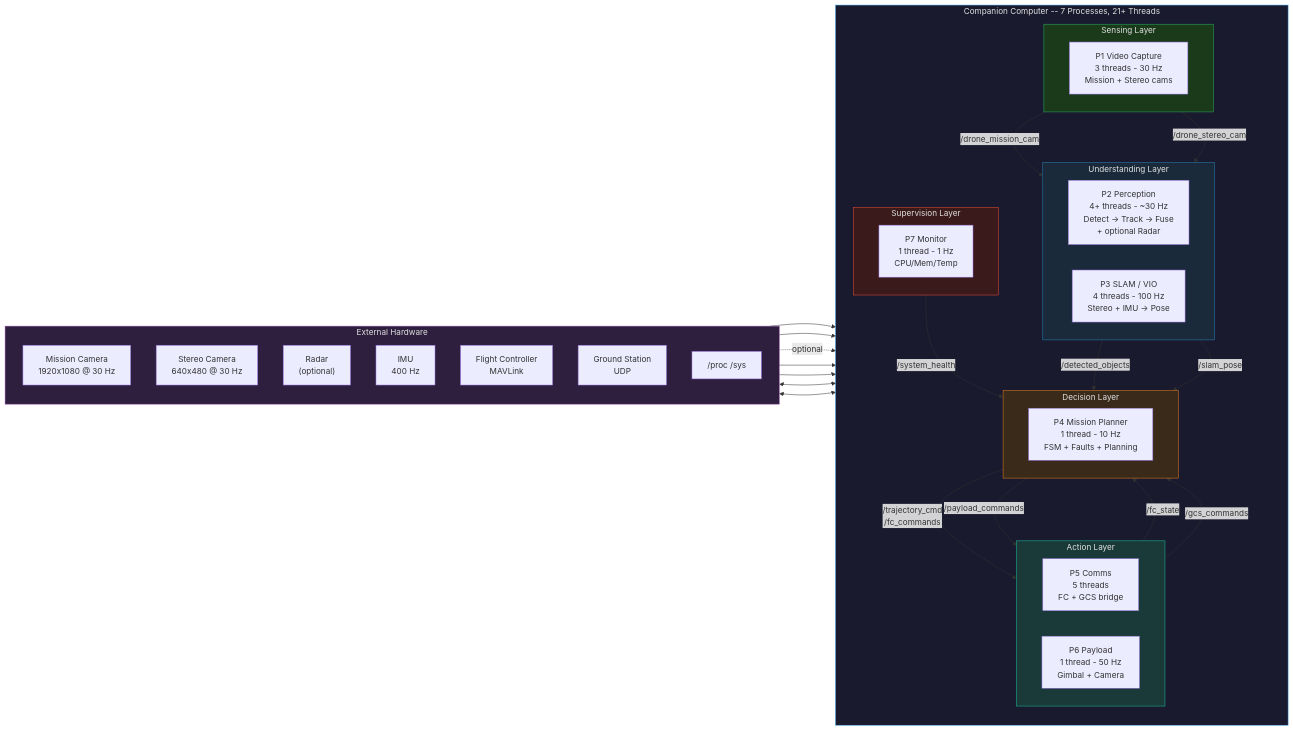
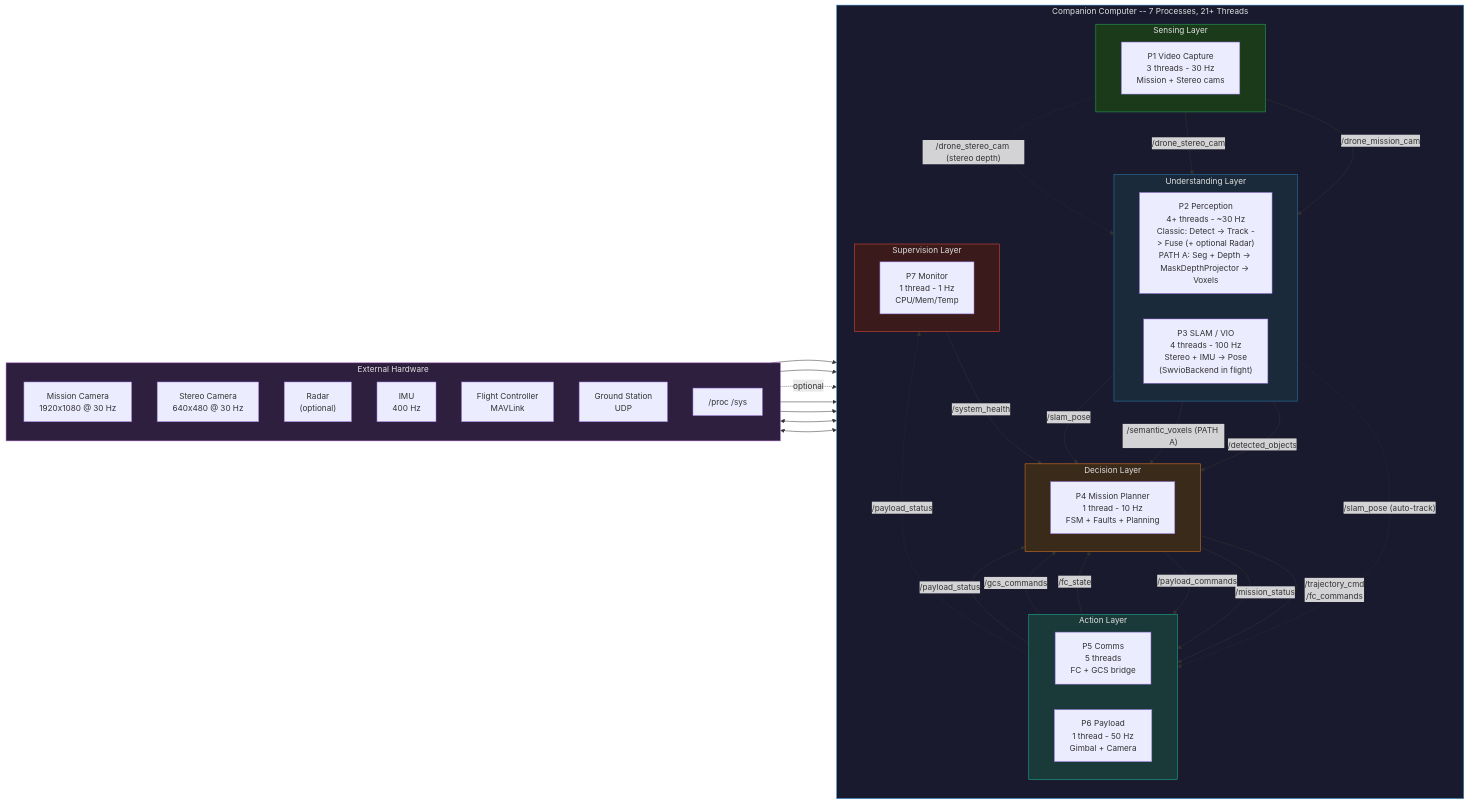
The diagram in README.md (nmohamaya/companion_software_stack), drawn with Mermaid before and after one commit. The commit also changed other lines of this file, not shown here.

````diff
--- a/README.md
+++ b/README.md
@@ -109,70 +99,76 @@
 ```mermaid
 graph LR
     subgraph Sensors["External Hardware"]
         direction TB
         MissionCam["Mission Camera\n1920x1080 @ 30 Hz"]
         StereoCam["Stereo Camera\n640x480 @ 30 Hz"]
         Radar["Radar\n(optional)"]
         IMU["IMU\n400 Hz"]
         FC["Flight Controller\nMAVLink"]
         GCS["Ground Station\nUDP"]
         OS["/proc  /sys"]
     end
 
     subgraph Stack["Companion Computer -- 7 Processes, 21+ Threads"]
         direction TB
 
         subgraph Sense["Sensing Layer"]
             direction LR
             P1["P1 Video Capture\n3 threads - 30 Hz\nMission + Stereo cams"]
         end
 
         subgraph Understand["Understanding Layer"]
             direction LR
-            P2["P2 Perception\n4+ threads - ~30 Hz\nDetect -> Track -> Fuse\n+ optional Radar"]
-            P3["P3 SLAM / VIO\n4 threads - 100 Hz\nStereo + IMU -> Pose"]
+            P2["P2 Perception\n4+ threads - ~30 Hz\nClassic: Detect -> Track -> Fuse (+ optional Radar)\nPATH A: Seg + Depth -> MaskDepthProjector -> Voxels"]
+            P3["P3 SLAM / VIO\n4 threads - 100 Hz\nStereo + IMU -> Pose\n(SwvioBackend in flight)"]
         end
 
         subgraph Decide["Decision Layer"]
             direction LR
             P4["P4 Mission Planner\n1 thread - 10 Hz\nFSM + Faults + Planning"]
         end
 
         subgraph Act["Action Layer"]
             direction LR
             P5["P5 Comms\n5 threads\nFC + GCS bridge"]
             P6["P6 Payload\n1 thread - 50 Hz\nGimbal + Camera"]
         end
 
         subgraph Watch["Supervision Layer"]
             direction LR
             P7["P7 Monitor\n1 thread - 1 Hz\nCPU/Mem/Temp"]
         end
     end
 
     MissionCam --> P1
     StereoCam --> P1
     Radar -.->|"optional"| P2
     IMU --> P3
     OS --> P7
     FC <--> P5
     GCS <--> P5
 
     P1 -->|"/drone_mission_cam"| P2
     P1 -->|"/drone_stereo_cam"| P3
+    P1 -.->|"/drone_stereo_cam (stereo depth)"| P2
     P2 -->|"/detected_objects"| P4
+    P2 -->|"/semantic_voxels (PATH A)"| P4
     P3 -->|"/slam_pose"| P4
+    P3 -.->|"/slam_pose (auto-track)"| P6
     P5 -->|"/fc_state"| P4
     P5 -->|"/gcs_commands"| P4
     P7 -->|"/system_health"| P4
     P4 -->|"/trajectory_cmd\n/fc_commands"| P5
+    P4 -->|"/mission_status"| P5
     P4 -->|"/payload_commands"| P6
+    P6 -->|"/payload_status"| P4
+    P6 -.->|"/payload_status"| P7
 
     style Sensors fill:#2d1f3d,stroke:#9b59b6,color:#e0e0e0
     style Stack fill:#1a1a2e,stroke:#3498db,color:#e0e0e0
     style Sense fill:#1a3a1a,stroke:#27ae60,color:#e0e0e0
     style Understand fill:#1a2a3a,stroke:#2980b9,color:#e0e0e0
     style Decide fill:#3a2a1a,stroke:#e67e22,color:#e0e0e0
     style Act fill:#1a3a3a,stroke:#1abc9c,color:#e0e0e0
     style Watch fill:#3a1a1a,stroke:#e74c3c,color:#e0e0e0
 ```
````
